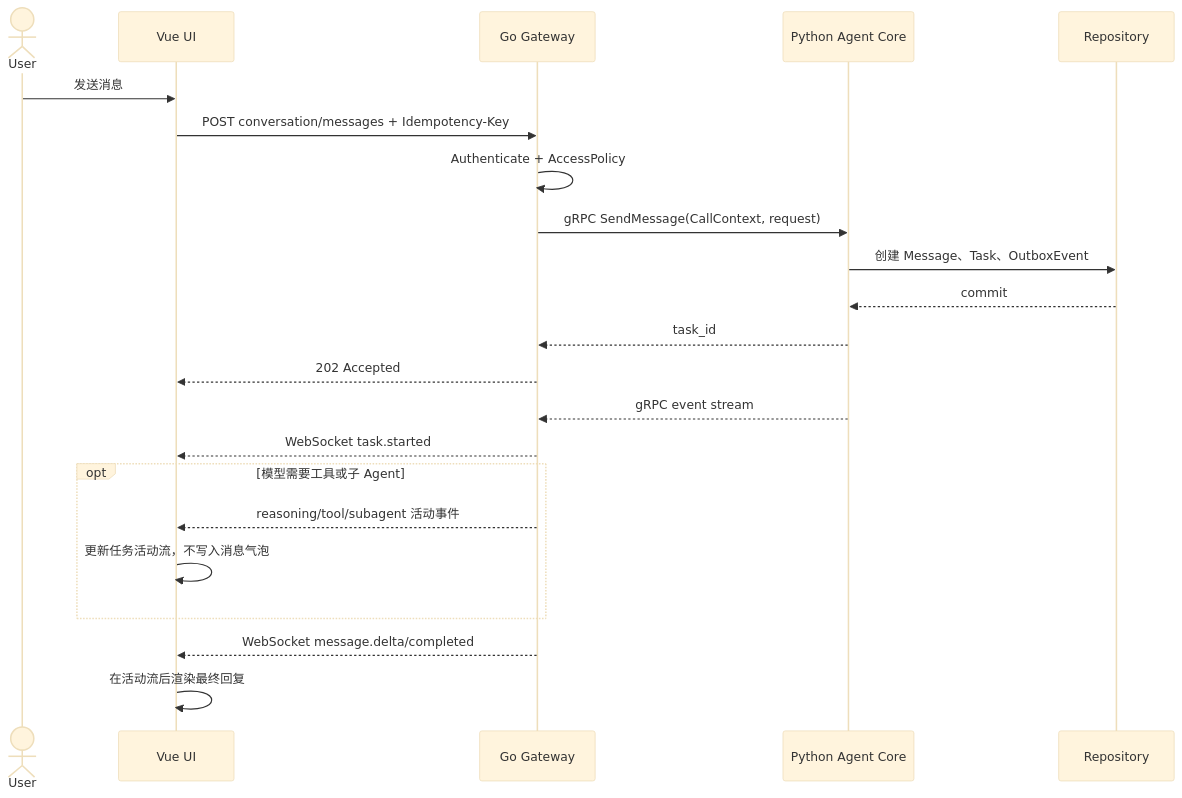
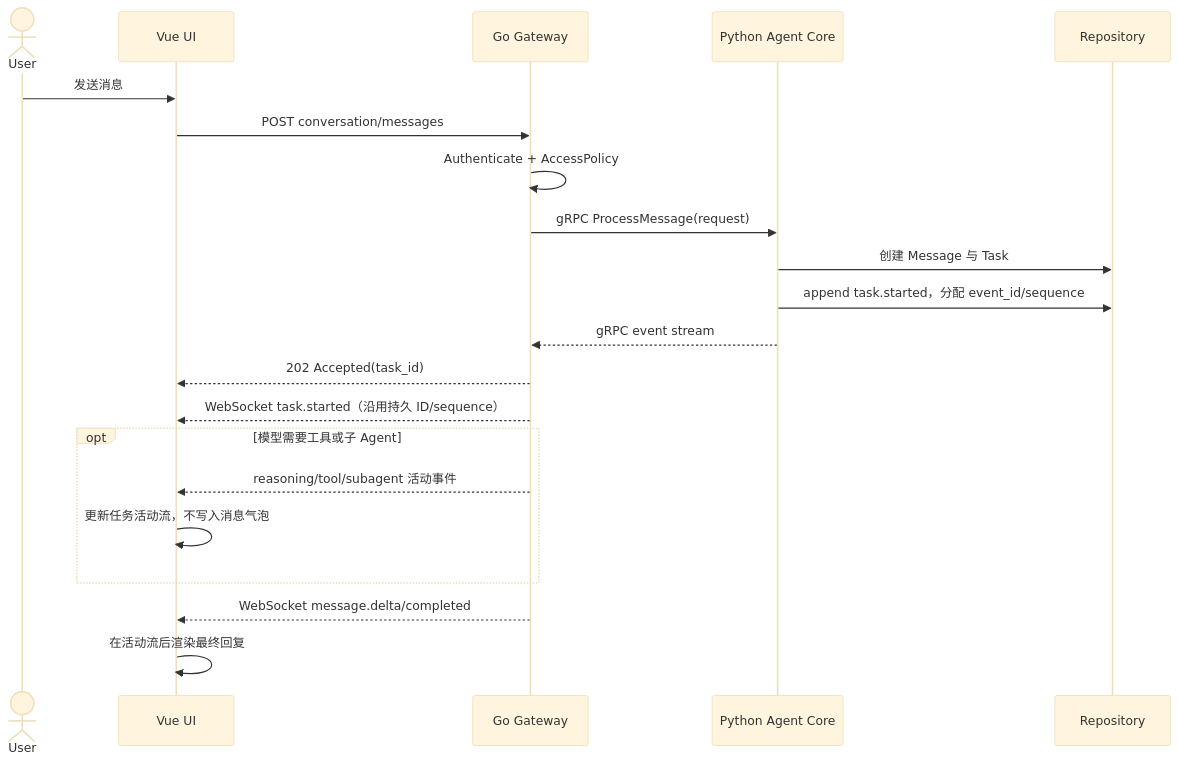
One commit to Mime-AL/MaigoKite changed the first of 10 diagrams in docs/design/Sequence.md. Above: the diagram before and after it, drawn with Mermaid (base theme). The commit also changed other lines of this file and 104 other files, not shown here.

````diff
--- a/docs/design/Sequence.md
+++ b/docs/design/Sequence.md
@@ -11,25 +11,24 @@
 ```mermaid
 sequenceDiagram
     actor U as User
     participant UI as Vue UI
     participant G as Go Gateway
     participant P as Python Agent Core
     participant DB as Repository
 
     U->>UI: 发送消息
-    UI->>G: POST conversation/messages + Idempotency-Key
+    UI->>G: POST conversation/messages
     G->>G: Authenticate + AccessPolicy
-    G->>P: gRPC SendMessage(CallContext, request)
-    P->>DB: 创建 Message、Task、OutboxEvent
-    DB-->>P: commit
-    P-->>G: task_id
-    G-->>UI: 202 Accepted
+    G->>P: gRPC ProcessMessage(request)
+    P->>DB: 创建 Message 与 Task
+    P->>DB: append task.started，分配 event_id/sequence
     P-->>G: gRPC event stream
-    G-->>UI: WebSocket task.started
+    G-->>UI: 202 Accepted(task_id)
+    G-->>UI: WebSocket task.started（沿用持久 ID/sequence）
     opt 模型需要工具或子 Agent
         G-->>UI: reasoning/tool/subagent 活动事件
         UI->>UI: 更新任务活动流，不写入消息气泡
     end
     G-->>UI: WebSocket message.delta/completed
     UI->>UI: 在活动流后渲染最终回复
 ```
````
